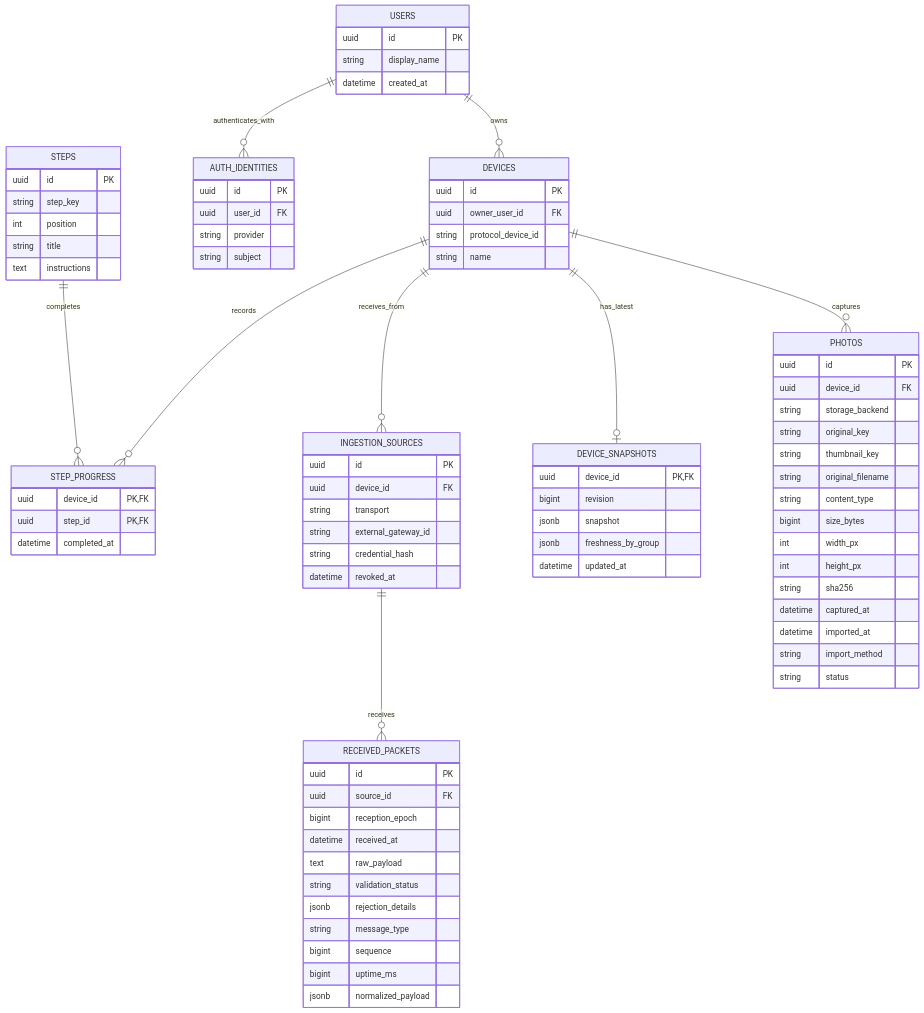
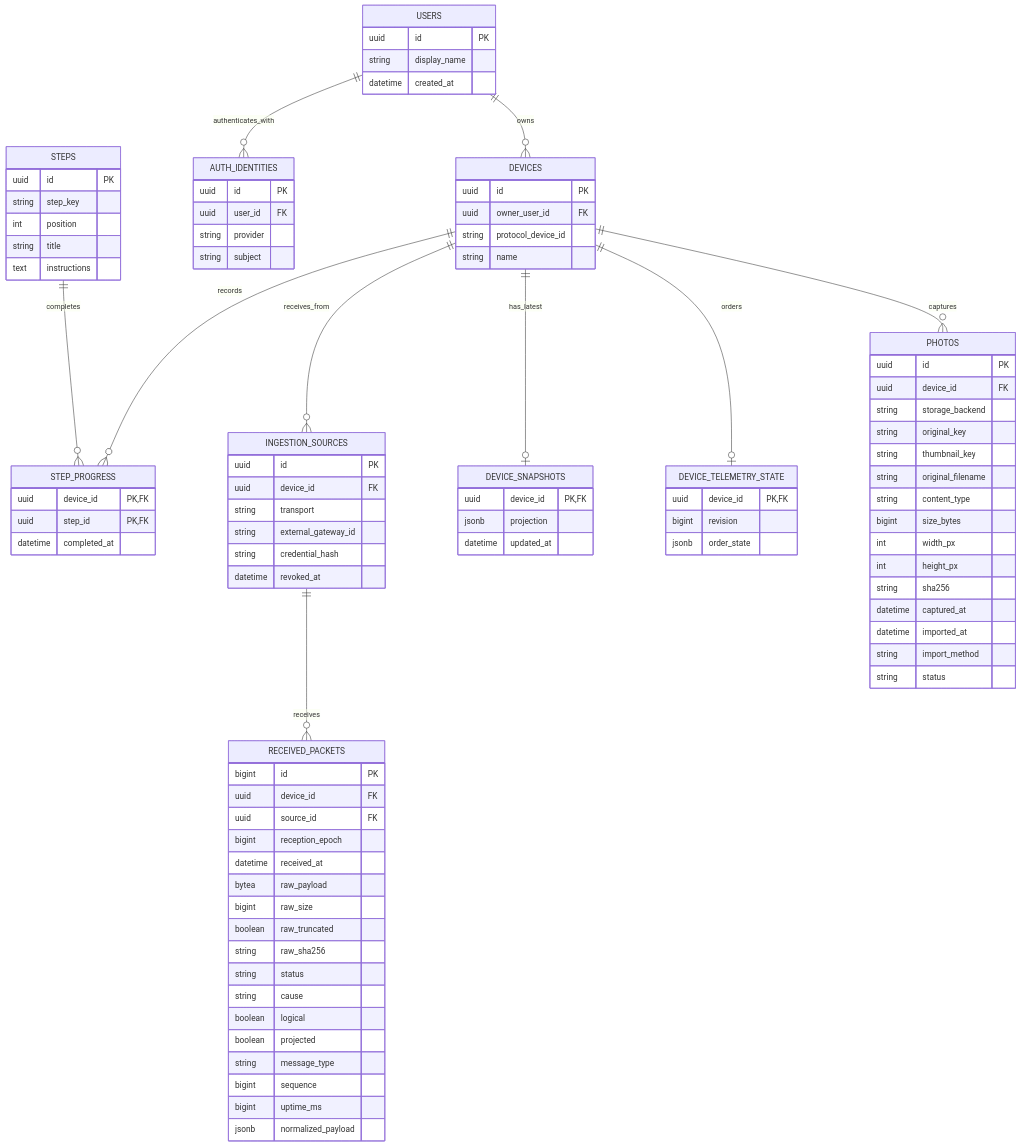
One commit to Edwarmkaer/cubeos changed the diagram in docs/domain-model.md. Above: the diagram before and after it, drawn with Mermaid. The commit also changed 36 other files, not shown here.

```diff
--- a/docs/domain-model.md
+++ b/docs/domain-model.md
@@ -13,6 +13,7 @@
     DEVICES ||--o{ INGESTION_SOURCES : receives_from
     INGESTION_SOURCES ||--o{ RECEIVED_PACKETS : receives
     DEVICES ||--o| DEVICE_SNAPSHOTS : has_latest
+    DEVICES ||--o| DEVICE_TELEMETRY_STATE : orders
     DEVICES ||--o{ PHOTOS : captures
 
     USERS {
@@ -53,13 +54,19 @@
         datetime revoked_at
     }
     RECEIVED_PACKETS {
-        uuid id PK
+        bigint id PK
+        uuid device_id FK
         uuid source_id FK
         bigint reception_epoch
         datetime received_at
-        text raw_payload
-        string validation_status
-        jsonb rejection_details
+        bytea raw_payload
+        bigint raw_size
+        boolean raw_truncated
+        string raw_sha256
+        string status
+        string cause
+        boolean logical
+        boolean projected
         string message_type
         bigint sequence
         bigint uptime_ms
@@ -67,10 +74,13 @@
     }
     DEVICE_SNAPSHOTS {
         uuid device_id PK,FK
+        jsonb projection
+        datetime updated_at
+    }
+    DEVICE_TELEMETRY_STATE {
+        uuid device_id PK,FK
         bigint revision
-        jsonb snapshot
-        jsonb freshness_by_group
-        datetime updated_at
+        jsonb order_state
     }
     PHOTOS {
         uuid id PK
```
